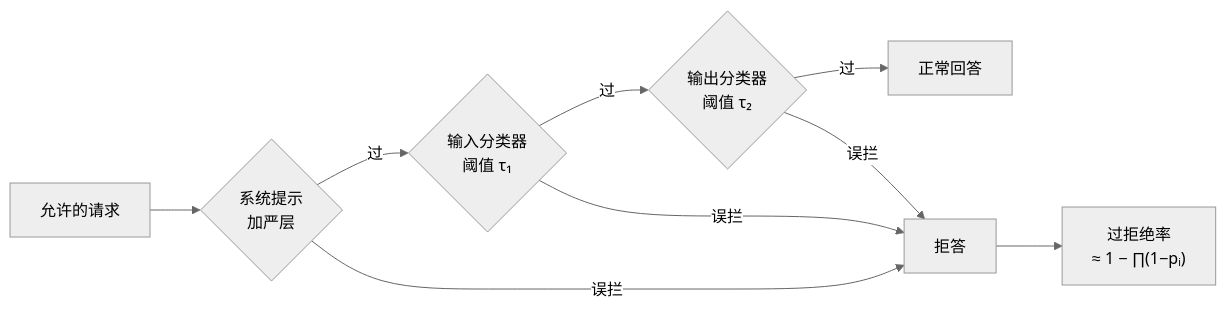
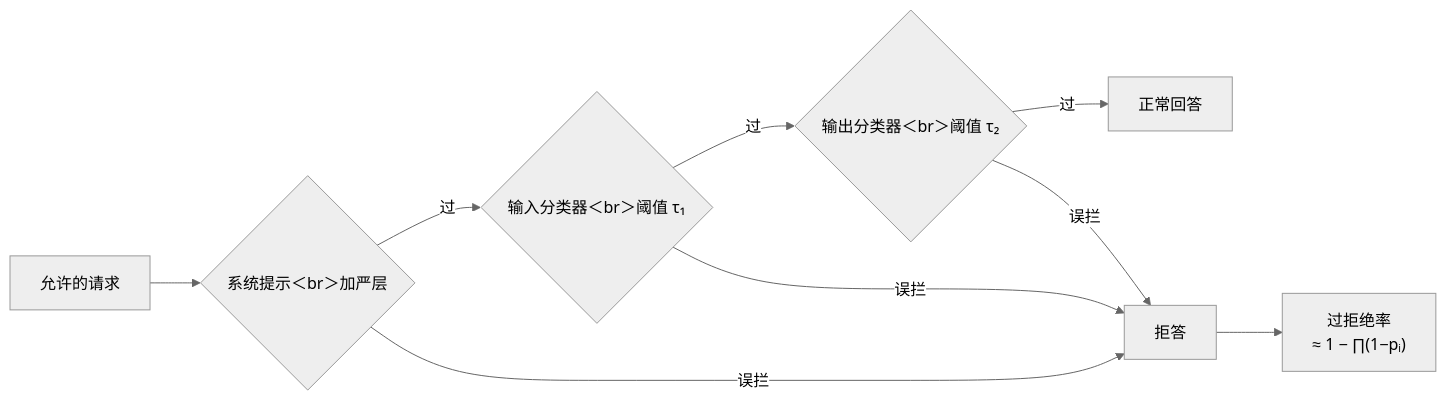
One commit to xhongduo-tech/xhongduo-tech.github.io changed the second of 2 diagrams in docs/llm/over-refusal.md. Above: the diagram before and after it, drawn with Mermaid (neutral theme). The commit also changed 291 other files, not shown here.

Commit message:
Normalize lesson titles to tree names and repair mermaid arrow/quote syntax site-wide.

````diff
--- a/docs/llm/over-refusal.md
+++ b/docs/llm/over-refusal.md
@@ -61,11 +61,11 @@
 ```mermaid
 flowchart LR
-  REQ["允许的请求"] --> G1{"系统提示<br>加严层"}
-  G1 -- "过" --> G2{"输入分类器<br>阈值 τ₁"}
-  G2 -- "过" --> G3{"输出分类器<br>阈值 τ₂"}
+  REQ["允许的请求"] --> G1{"系统提示＜br＞加严层"}
+  G1 -- "过" --> G2{"输入分类器＜br＞阈值 τ₁"}
+  G2 -- "过" --> G3{"输出分类器＜br＞阈值 τ₂"}
   G3 -- "过" --> OK["正常回答"]
   G1 -- "误拦" --> REJ["拒答"]
   G2 -- "误拦" --> REJ
   G3 -- "误拦" --> REJ
   REJ --> AB["过拒绝率<br>≈ 1 − ∏(1−pᵢ)"]
 ```
````
